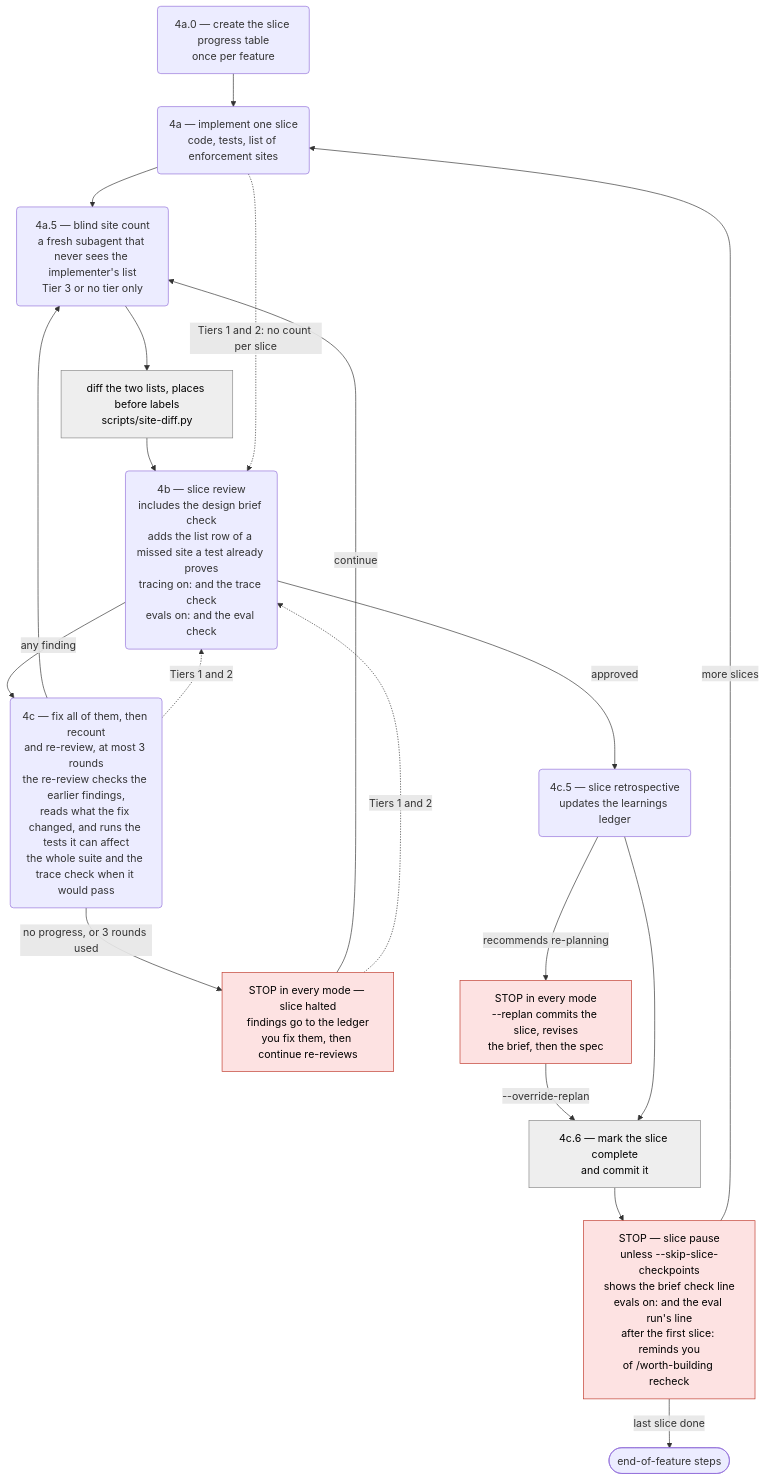
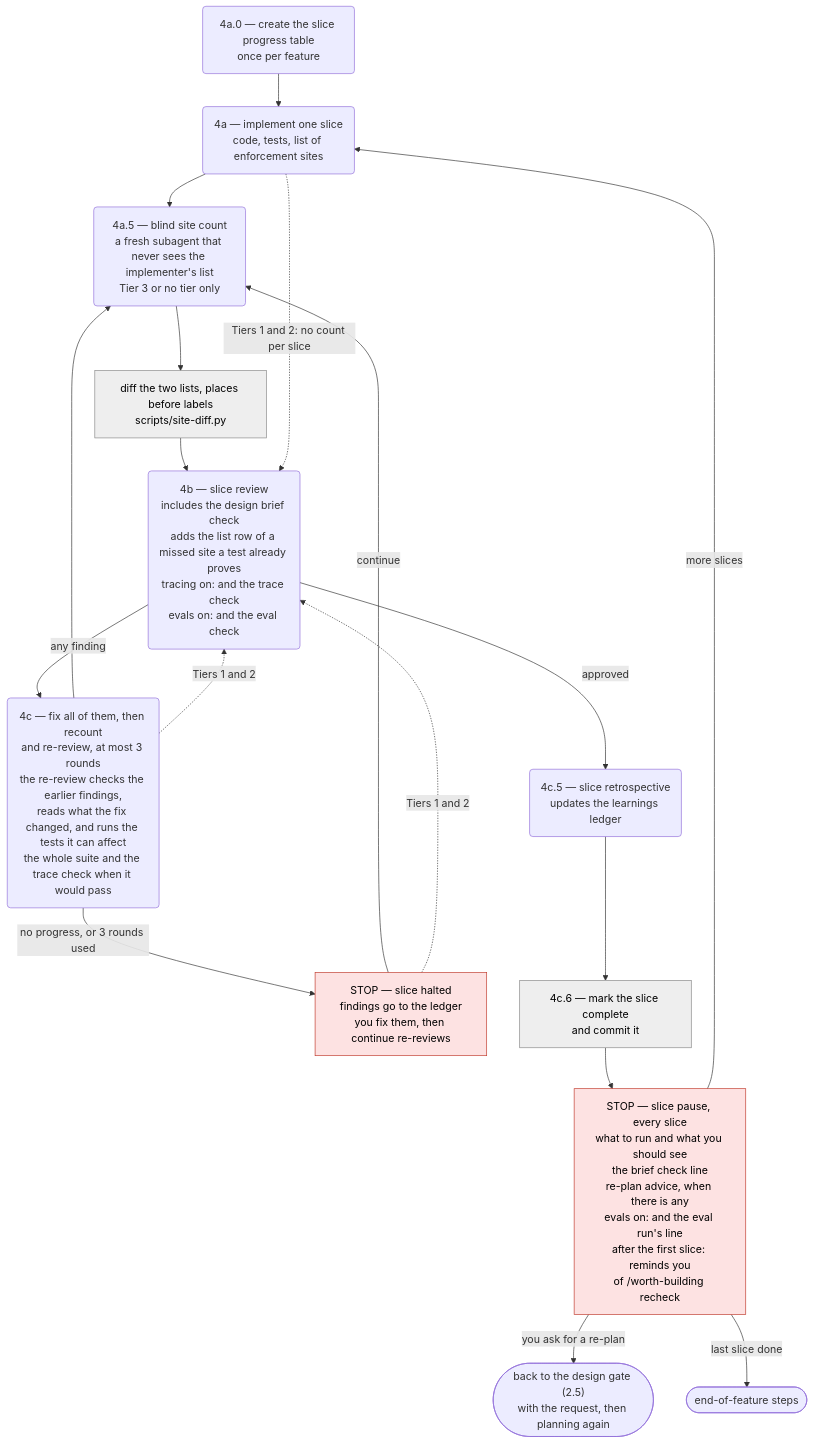
One commit to pablooliva/claude-plugins changed the third of 4 diagrams in agent-engineering/docs/sdd-flow-diagram.md. Above: the diagram before and after it, drawn with Mermaid. The commit also changed other lines of this file and 28 other files, not shown here.

First line of the commit message:
ae(4.0.0): sdd-flow release 1 — remove the mode and the stop-skipping flags

````diff
--- a/agent-engineering/docs/sdd-flow-diagram.md
+++ b/agent-engineering/docs/sdd-flow-diagram.md
@@ -94,24 +95,23 @@
 ```mermaid
 flowchart TD
     scaffold("4a.0 — create the slice progress table<br/>once per feature") --> impl("4a — implement one slice<br/>code, tests, list of enforcement sites")
     impl --> count("4a.5 — blind site count<br/>a fresh subagent that never sees the implementer's list<br/>Tier 3 or no tier only")
     count --> diff["diff the two lists, places before labels<br/>scripts/site-diff.py"]:::orch
     diff --> review("4b — slice review<br/>includes the design brief check<br/>adds the list row of a missed site a test already proves<br/>tracing on: and the trace check<br/>evals on: and the eval check")
     impl -. "Tiers 1 and 2: no count per slice" .-> review
     review -- "any finding" --> fix("4c — fix all of them, then recount<br/>and re-review, at most 3 rounds<br/>the re-review checks the earlier findings,<br/>reads what the fix changed, and runs the tests it can affect<br/>the whole suite and the trace check when it would pass")
     fix --> count
     fix -. "Tiers 1 and 2" .-> review
-    fix -- "no progress, or 3 rounds used" --> halt["STOP in every mode — slice halted<br/>findings go to the ledger<br/>you fix them, then continue re-reviews"]:::stop
+    fix -- "no progress, or 3 rounds used" --> halt["STOP — slice halted<br/>findings go to the ledger<br/>you fix them, then continue re-reviews"]:::stop
     halt -- "continue" --> count
     halt -. "Tiers 1 and 2" .-> review
     review -- "approved" --> retro("4c.5 — slice retrospective<br/>updates the learnings ledger")
-    retro -- "recommends re-planning" --> replan["STOP in every mode<br/>--replan commits the slice, revises<br/>the brief, then the spec"]:::stop
-    replan -- "--override-replan" --> commit
     retro --> commit["4c.6 — mark the slice complete<br/>and commit it"]:::orch
-    commit --> pause["STOP — slice pause<br/>unless --skip-slice-checkpoints<br/>shows the brief check line<br/>evals on: and the eval run's line<br/>after the first slice: reminds you<br/>of /worth-building recheck"]:::stop
+    commit --> pause["STOP — slice pause, every slice<br/>what to run and what you should see<br/>the brief check line<br/>re-plan advice, when there is any<br/>evals on: and the eval run's line<br/>after the first slice: reminds you<br/>of /worth-building recheck"]:::stop
+    pause -- "you ask for a re-plan" --> replan(["back to the design gate (2.5)<br/>with the request, then planning again"])
     pause -- "more slices" --> impl
     pause -- "last slice done" --> eof(["end-of-feature steps"])
 
     classDef stop fill:#fde2e2,stroke:#c0392b,color:#000
     classDef orch fill:#eeeeee,stroke:#888888,color:#000
 ```
````
